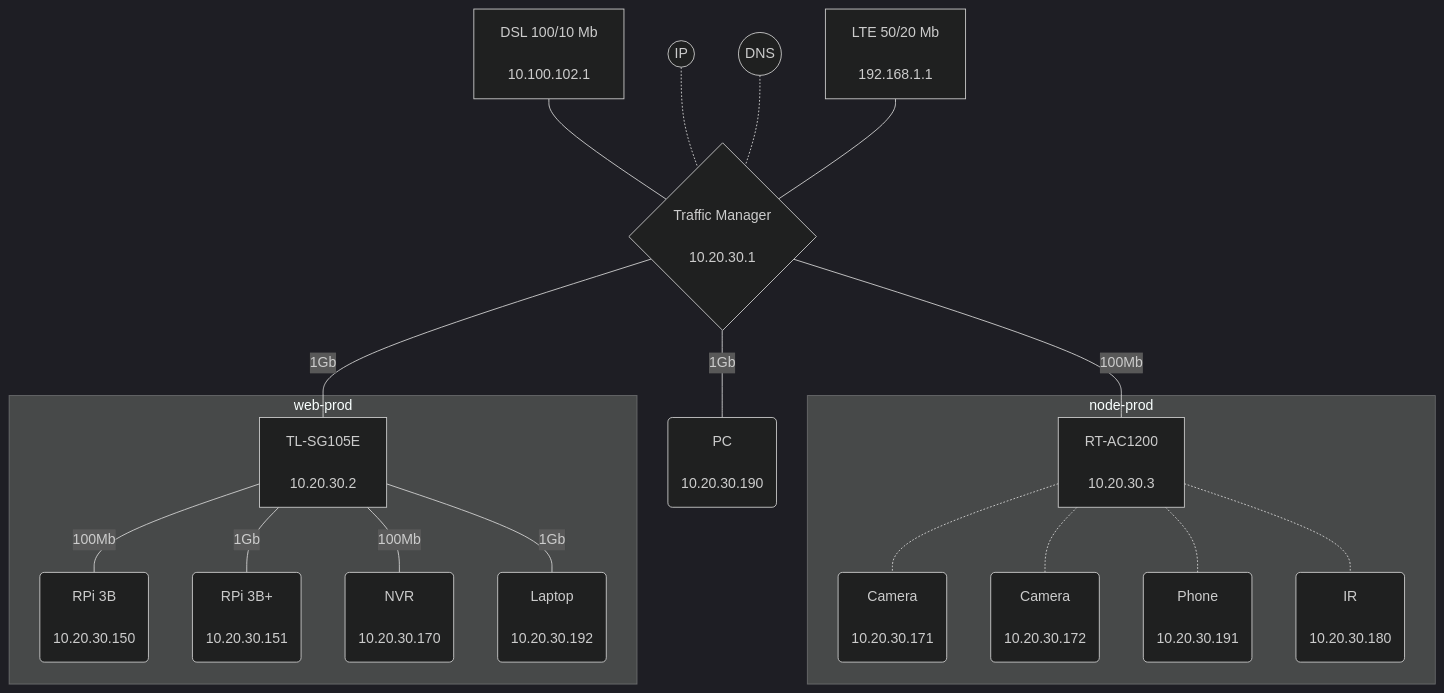
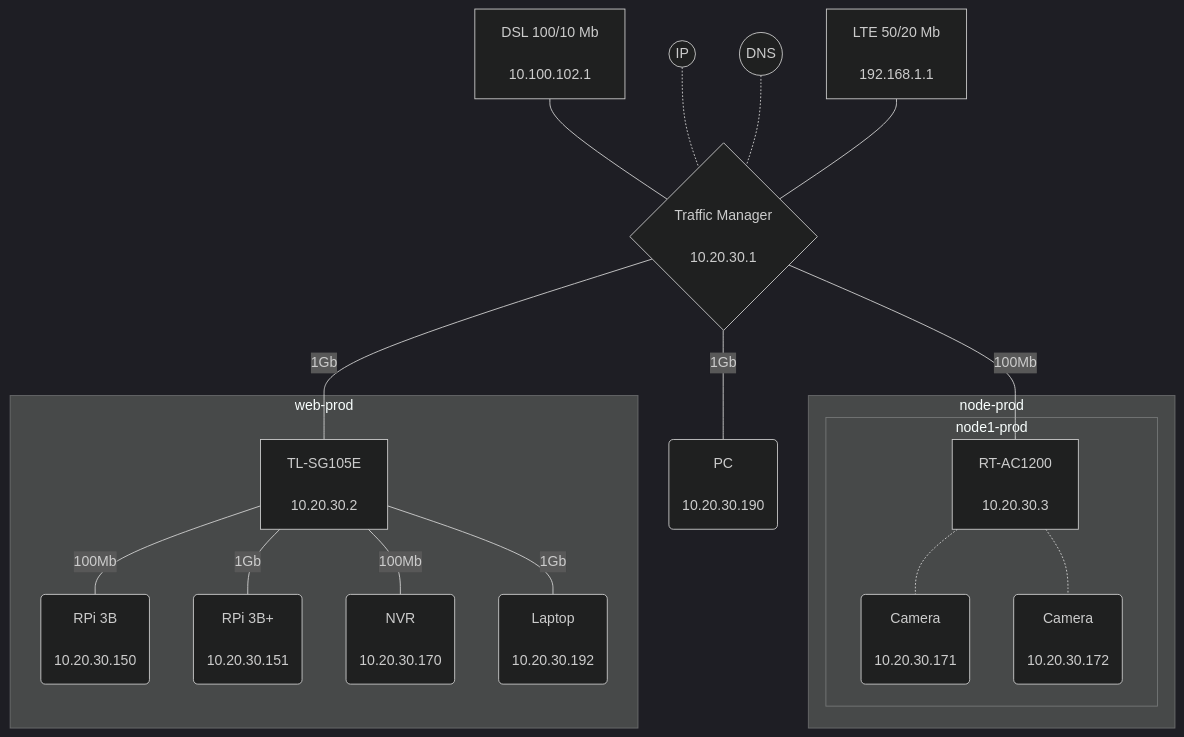
One commit to EproductiveReleases/whatsup changed the diagram in README.md. Above: the diagram before and after it, drawn with Mermaid (dark theme).

````diff
--- a/README.md
+++ b/README.md
@@ -3,23 +3,23 @@
 ```mermaid
 graph TD
  linkStyle default interpolate basis
  wan1[<center>DSL 100/10 Mb<br><br>10.100.102.1</center>]---router{<center>Traffic Manager<br><br>10.20.30.1</center>}
  ip((<center><br>IP<br><br></center>))-.-router
  dns((<center><br>DNS<br><br></center>))-.-router
  wan2[<center>LTE 50/20 Mb<br><br>192.168.1.1</center>]---router
  router---|100Mb|ap[<center>RT-AC1200<br><br>10.20.30.3</center>]
  router---|1Gb|pc(<center>PC<br><br>10.20.30.190</center>)
  router---|1Gb|switch[<center>TL-SG105E<br><br>10.20.30.2</center>]
  subgraph node-prod
- ap-.-cam1(<center>Camera<br><br>10.20.30.171</center>)
- ap-.-cam2(<center>Camera<br><br>10.20.30.172</center>)
- ap-.-phone(<center>Phone<br><br>10.20.30.191</center>)
- ap-.-ir(<center>IR<br><br>10.20.30.180</center>)
+  subgraph node1-prod
+  ap-.-cam1(<center>Camera<br><br>10.20.30.171</center>)
+  ap-.-cam2(<center>Camera<br><br>10.20.30.172</center>)
+  end
  end
  subgraph web-prod
  switch---|100Mb|pi1(<center>RPi 3B<br><br>10.20.30.150</center>)
  switch---|1Gb|pi2(<center>RPi 3B+<br><br>10.20.30.151</center>)
  switch---|100Mb|nvr(<center>NVR<br><br>10.20.30.170</center>)
  switch---|1Gb|laptop(<center>Laptop<br><br>10.20.30.192</center>)
  end
 ```
````
